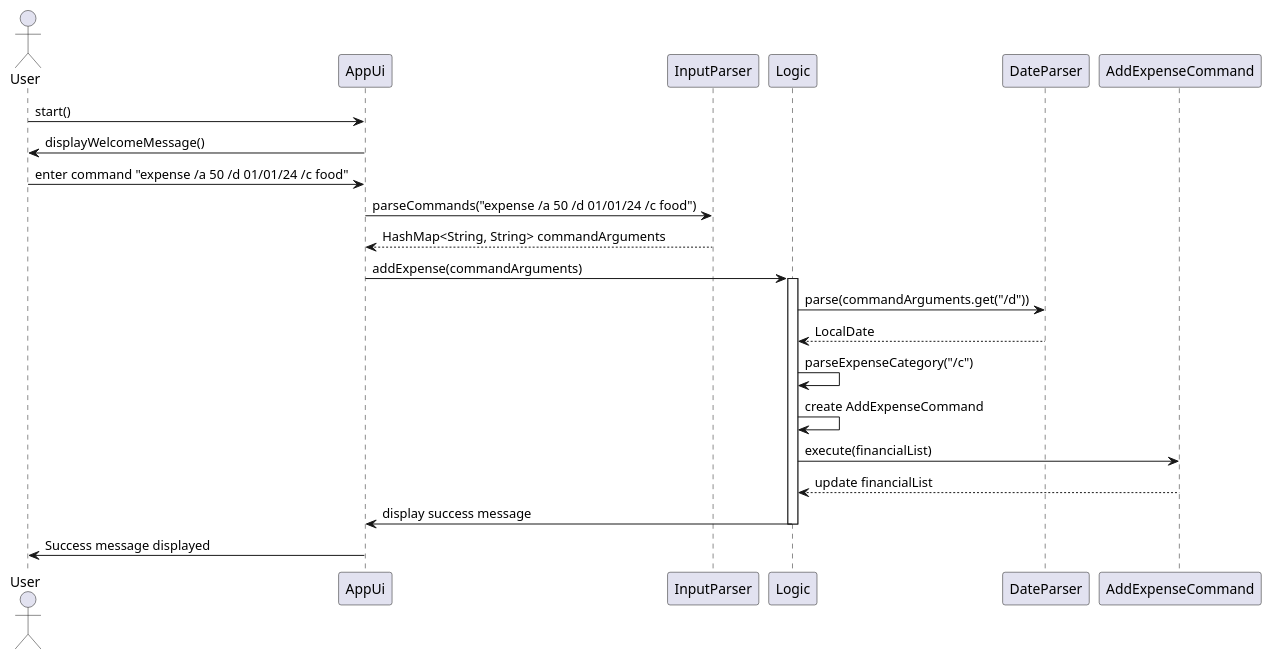
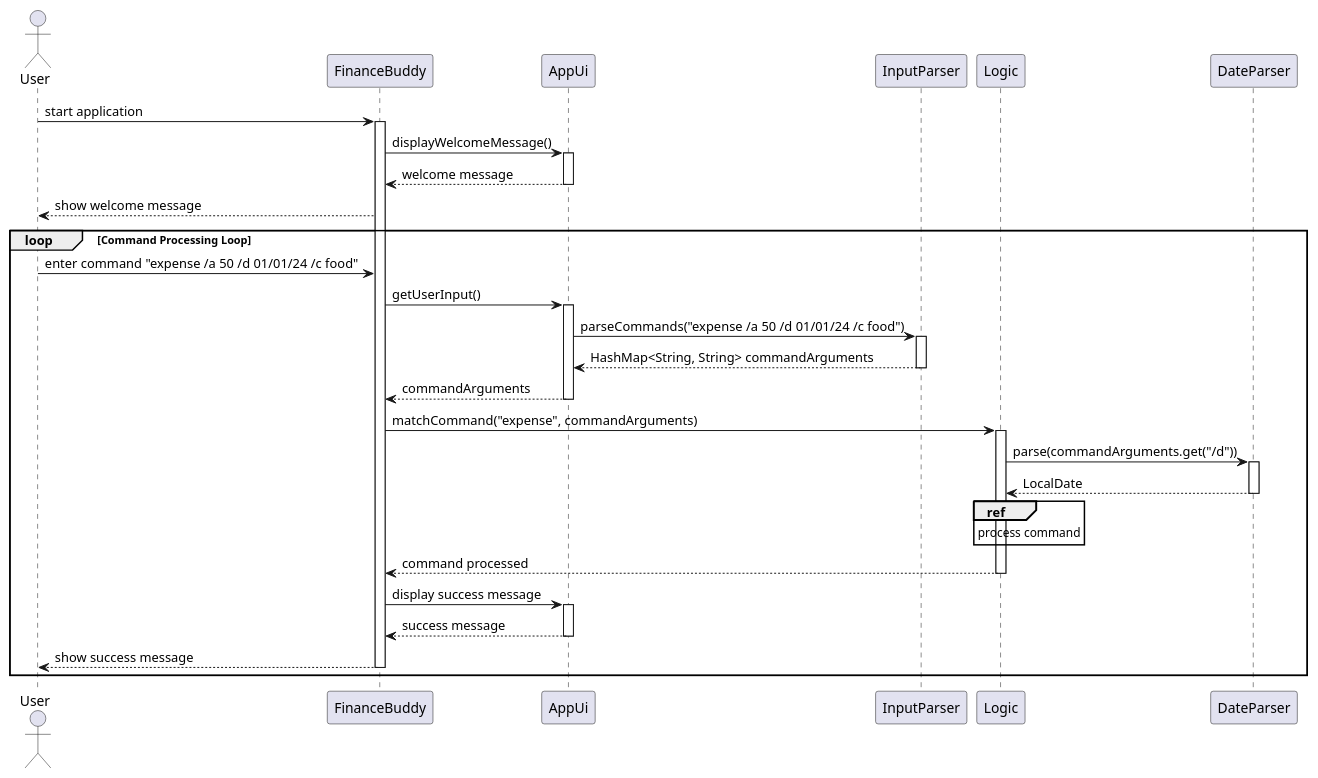
Before and after one commit to nus-cs2113-AY2425S1/tp: the diagram in docs/UML/UiParserSequence.puml, drawn with PlantUML. The commit also changed 12 other files, not shown here.

Commit message:
Update diagrams

```diff
--- a/docs/UML/UiParserSequence.puml
+++ b/docs/UML/UiParserSequence.puml
@@ -1,25 +1,42 @@
 @startuml
 actor User
-User -> AppUi : start()
-AppUi -> User : displayWelcomeMessage()
-User -> AppUi : enter command "expense /a 50 /d 01/01/24 /c food"
+User -> FinanceBuddy : start application
+activate FinanceBuddy
+FinanceBuddy -> AppUi : displayWelcomeMessage()
+activate AppUi
+AppUi --> FinanceBuddy : welcome message
+deactivate AppUi
+FinanceBuddy --> User : show welcome message
 
-AppUi -> InputParser : parseCommands("expense /a 50 /d 01/01/24 /c food")
-InputParser --> AppUi : HashMap<String, String> commandArguments
+loop Command Processing Loop
+    User -> FinanceBuddy : enter command "expense /a 50 /d 01/01/24 /c food"
+    FinanceBuddy -> AppUi : getUserInput()
+    activate AppUi
+    AppUi -> InputParser : parseCommands("expense /a 50 /d 01/01/24 /c food")
+    activate InputParser
+    InputParser --> AppUi : HashMap<String, String> commandArguments
+    deactivate InputParser
+    AppUi --> FinanceBuddy : commandArguments
+    deactivate AppUi
 
-AppUi -> Logic : addExpense(commandArguments)
+    FinanceBuddy -> Logic : matchCommand("expense", commandArguments)
+    activate Logic
 
-activate Logic
-Logic -> DateParser : parse(commandArguments.get("/d"))
-DateParser --> Logic : LocalDate
+    Logic -> DateParser : parse(commandArguments.get("/d"))
+    activate DateParser
+    DateParser --> Logic : LocalDate
+    deactivate DateParser
 
-Logic -> Logic : parseExpenseCategory("/c")
-Logic -> Logic : create AddExpenseCommand
-Logic -> AddExpenseCommand : execute(financialList)
-AddExpenseCommand --> Logic : update financialList
+    ref over Logic : process command
+    Logic --> FinanceBuddy : command processed
 
-Logic -> AppUi : display success message
-deactivate Logic
+    deactivate Logic
 
-AppUi -> User : Success message displayed
+    FinanceBuddy -> AppUi : display success message
+    activate AppUi
+    AppUi --> FinanceBuddy : success message
+    deactivate AppUi
+    FinanceBuddy --> User : show success message
+    deactivate FinanceBuddy
+end
 @enduml
```
